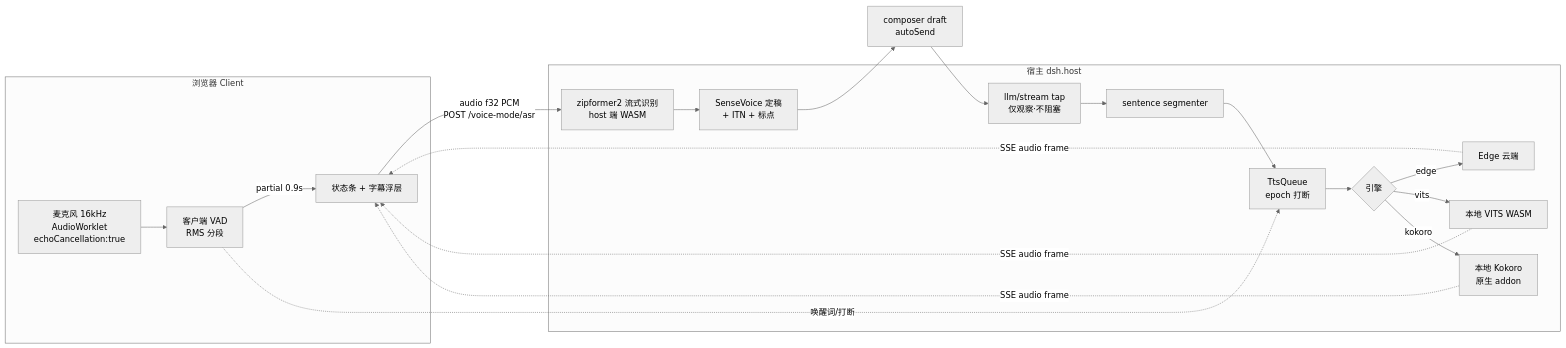
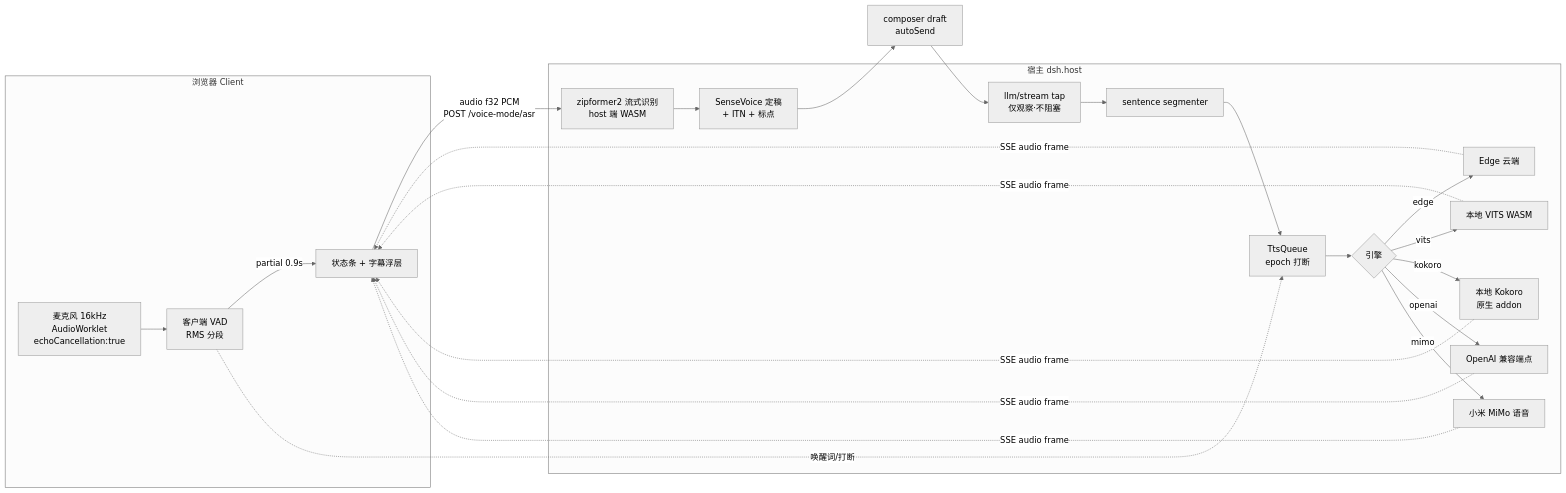
The diagram in plugin/dsh-voice-mode/README.md (qishuilalala/dsh-voice-mode), drawn with Mermaid (neutral theme) before and after one commit. The commit also changed other lines of this file and 49 other files, not shown here.

````diff
--- a/plugin/dsh-voice-mode/README.md
+++ b/plugin/dsh-voice-mode/README.md
@@ -347,34 +328,40 @@
 ```mermaid
 flowchart LR
     subgraph Client[浏览器 Client]
         Mic[麦克风 16kHz<br/>AudioWorklet<br/>echoCancellation:true] --> VAD[客户端 VAD<br/>RMS 分段]
         VAD -->|partial 0.9s| UI[状态条 + 字幕浮层]
     end
 
     subgraph Host[宿主 dsh.host]
         ASR[zipformer2 流式识别<br/>host 端 WASM]
         SV[SenseVoice 定稿<br/>+ ITN + 标点]
         Tap[llm/stream tap<br/>仅观察·不阻塞]
         Seg[sentence segmenter]
         Q[TtsQueue<br/>epoch 打断]
         TTS{引擎}
         Edge[Edge 云端]
         Vits[本地 VITS WASM]
         Kokoro[本地 Kokoro<br/>原生 addon]
+        OpenAI[OpenAI 兼容端点]
+        MiMo[小米 MiMo 语音]
     end
 
     UI -->|audio f32 PCM<br/>POST /voice-mode/asr| ASR
     ASR --> SV
     SV --> Draft[composer draft<br/>autoSend]
     Draft --> Tap
     Tap --> Seg
     Seg --> Q
     Q --> TTS
     TTS -->|edge| Edge
     TTS -->|vits| Vits
     TTS -->|kokoro| Kokoro
+    TTS -->|openai| OpenAI
+    TTS -->|mimo| MiMo
     Edge -.->|SSE audio frame| UI
     Vits -.->|SSE audio frame| UI
     Kokoro -.->|SSE audio frame| UI
+    OpenAI -.->|SSE audio frame| UI
+    MiMo -.->|SSE audio frame| UI
     VAD -.->|唤醒词/打断| Q
 ```
````
